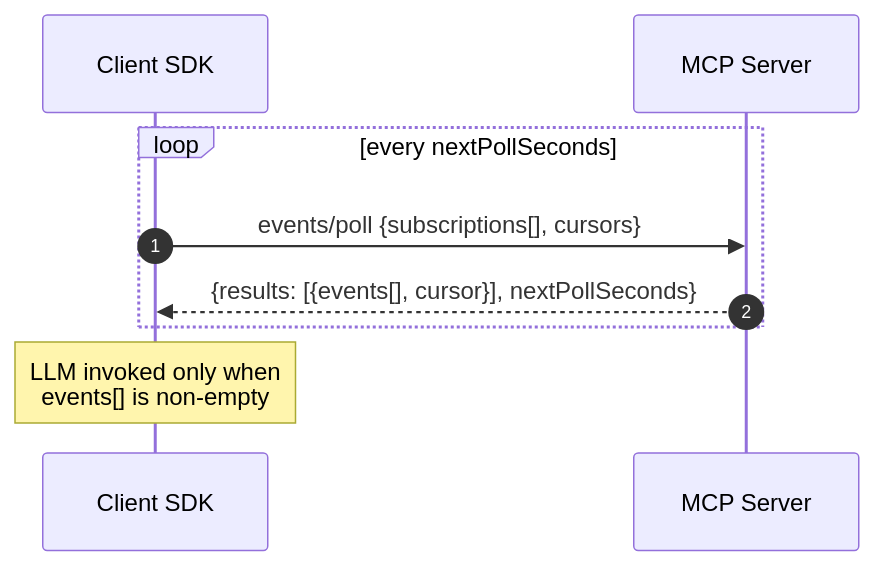
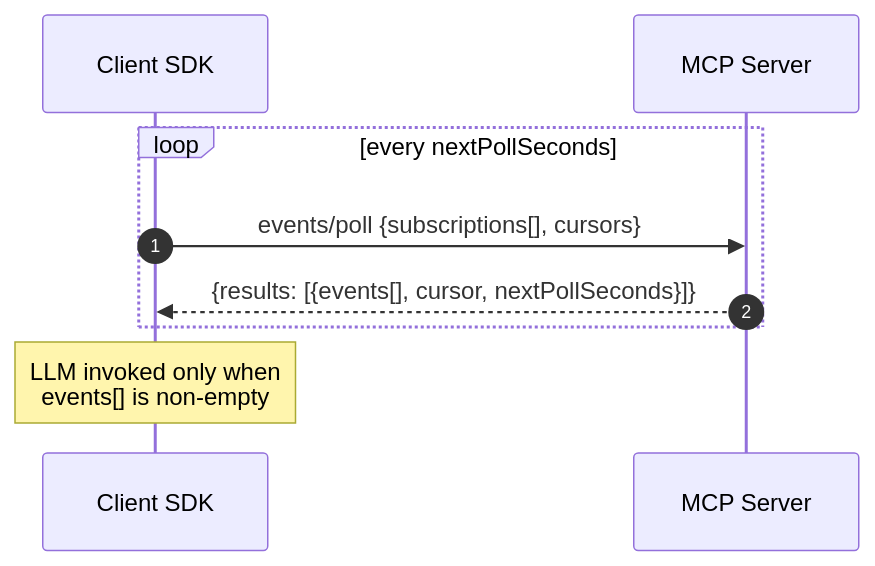
One commit to modelcontextprotocol/experimental-ext-triggers-events changed the first of 4 diagrams in docs/design-sketch-proposal.md. Above: the diagram before and after it, drawn with Mermaid. The commit also changed other lines of this file and 1 other file, not shown here.

````diff
--- a/docs/design-sketch-proposal.md
+++ b/docs/design-sketch-proposal.md
@@ -122,12 +125,12 @@
 ```mermaid
 sequenceDiagram
     autonumber
     participant SDK as Client SDK
     participant Server as MCP Server
 
     loop every nextPollSeconds
         SDK->>Server: events/poll {subscriptions[], cursors}
-        Server-->>SDK: {results: [{events[], cursor}], nextPollSeconds}
+        Server-->>SDK: {results: [{events[], cursor, nextPollSeconds}]}
     end
     Note over SDK: LLM invoked only when<br/>events[] is non-empty
 ```
````
